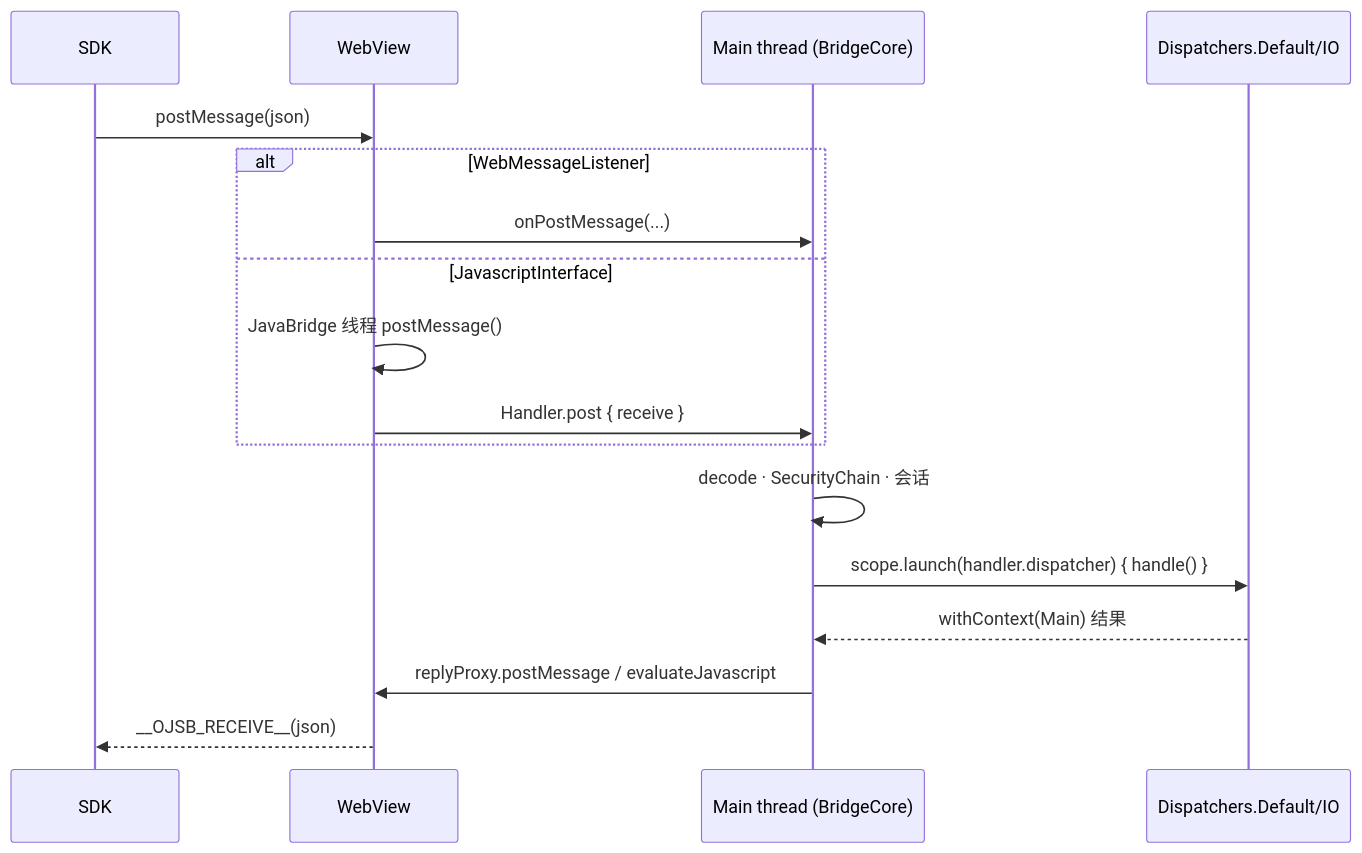
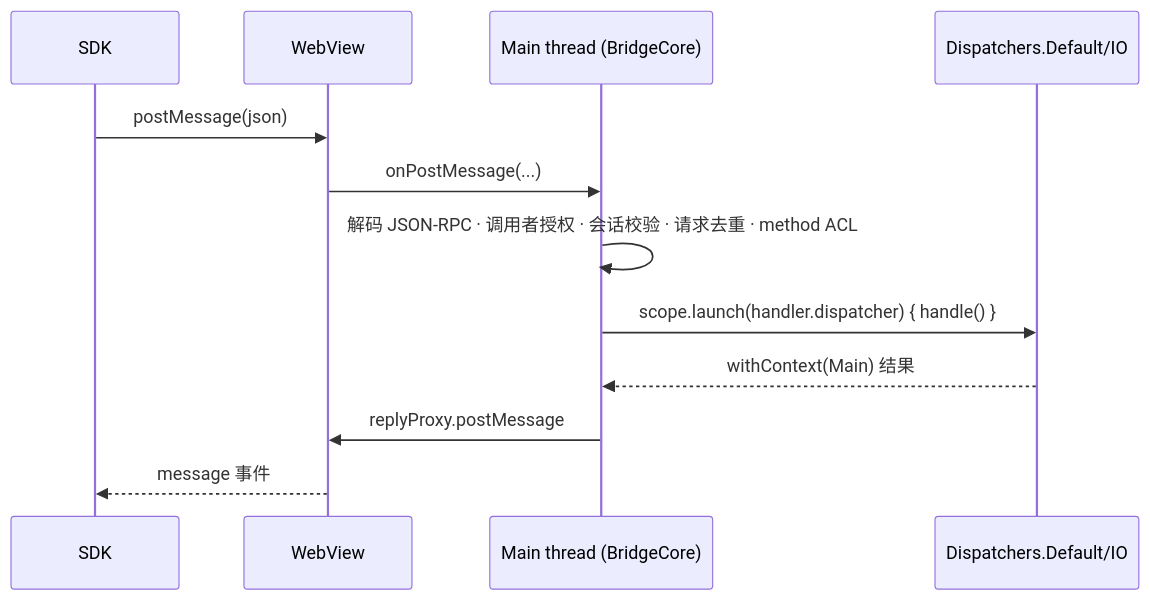
Before and after one commit to Josp3r/open-jsbridge: the second of 2 diagrams in docs/native-android.md, drawn with Mermaid. The commit also changed other lines of this file and 25 other files, not shown here.

Commit message:
feat: add JSON-RPC protocol and TypeScript bridge core

````diff
--- a/docs/native-android.md
+++ b/docs/native-android.md
@@ -102,19 +96,14 @@
 ```mermaid
 sequenceDiagram
   participant JS as SDK
   participant WV as WebView
   participant UI as Main thread (BridgeCore)
   participant IO as Dispatchers.Default/IO
   JS->>WV: postMessage(json)
-  alt WebMessageListener
-    WV->>UI: onPostMessage(...)
-  else JavascriptInterface
-    WV->>WV: JavaBridge 线程 postMessage()
-    WV->>UI: Handler.post { receive }
-  end
-  UI->>UI: decode · SecurityChain · 会话
+  WV->>UI: onPostMessage(...)
+  UI->>UI: 解码 JSON-RPC · 调用者授权 · 会话校验 · 请求去重 · method ACL
   UI->>IO: scope.launch(handler.dispatcher) { handle() }
   IO-->>UI: withContext(Main) 结果
-  UI->>WV: replyProxy.postMessage / evaluateJavascript
-  WV-->>JS: __OJSB_RECEIVE__(json)
+  UI->>WV: replyProxy.postMessage
+  WV-->>JS: message 事件
 ```
````
